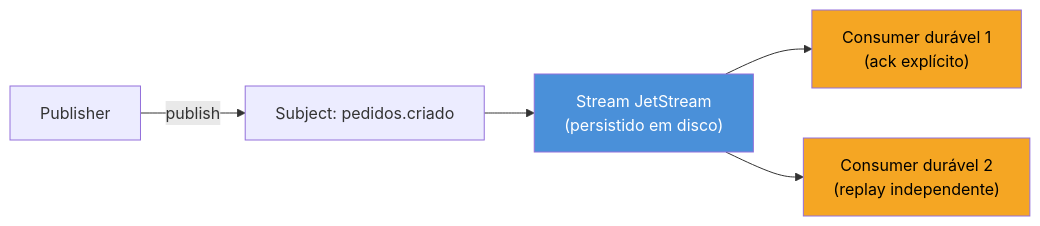
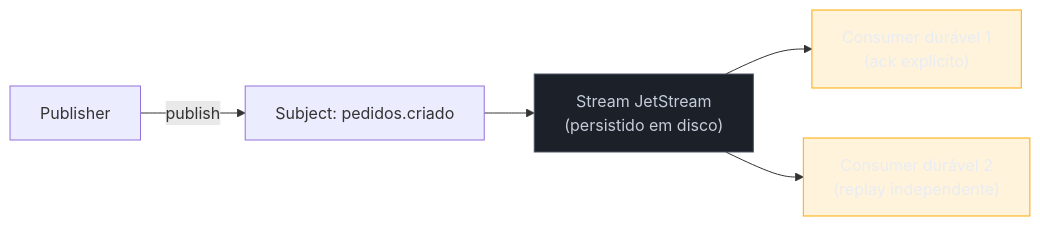
The second of 2 diagrams in 03-Dominios/Tecnologia/Go/13 - Mensageria/03 - NATS em Go.md (josenaldo/codex-technomanticus), drawn with Mermaid before and after one commit. The commit also changed 1181 other files, not shown here.

First line of the commit message:
fix(diagramas): paleta do sistema no lugar de cor cravada no markdown

````diff
--- a/03-Dominios/Tecnologia/Go/13 - Mensageria/03 - NATS em Go.md
+++ b/03-Dominios/Tecnologia/Go/13 - Mensageria/03 - NATS em Go.md
@@ -142,11 +142,13 @@
 ```mermaid
 flowchart LR
+    classDef neutro fill:#1B2029,stroke:#4E5666,color:#C6CCD8
+    classDef destaque fill:#FFAA0024,stroke:#FFAA00,color:#E9ECF2
     P["Publisher"] -->|publish| S["Subject: pedidos.criado"]
     S --> ST["Stream JetStream\n(persistido em disco)"]
     ST --> C1["Consumer durável 1\n(ack explícito)"]
     ST --> C2["Consumer durável 2\n(replay independente)"]
 
-    style ST fill:#4A90D9,color:#fff
-    style C1 fill:#F5A623,color:#000
-    style C2 fill:#F5A623,color:#000
+    class ST neutro
+    class C1 destaque
+    class C2 destaque
 ```
````
